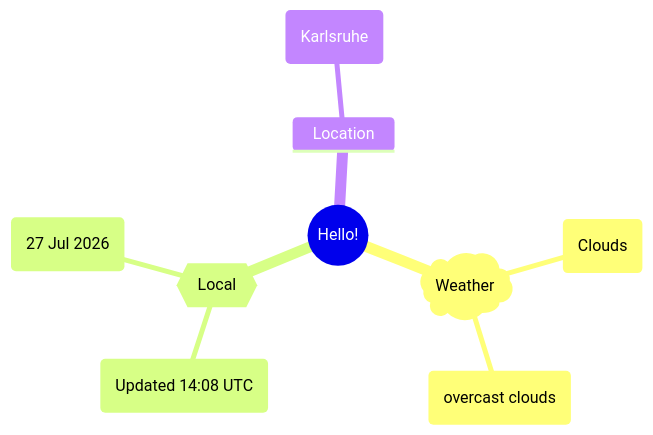
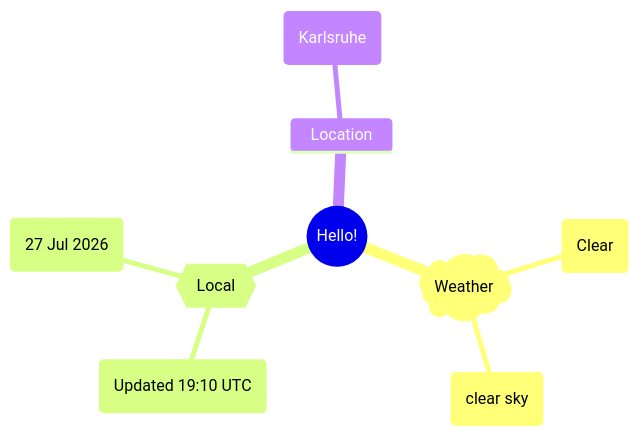
The first of 2 diagrams in README.md (Xosrov/Xosrov), drawn with Mermaid before and after one commit.

Commit message:
[bot] updated images

````diff
--- a/README.md
+++ b/README.md
@@ -3,12 +3,12 @@
 ```mermaid
 mindmap
   root((Hello!))
     )Weather(
-        (Clouds)
-        (overcast clouds)
+        (Clear)
+        (clear sky)
     {{Local}}
-        (Updated 14:08 UTC)
+        (Updated 19:10 UTC)
         (27 Jul 2026)
     Location
         (Karlsruhe)
 ```
````
